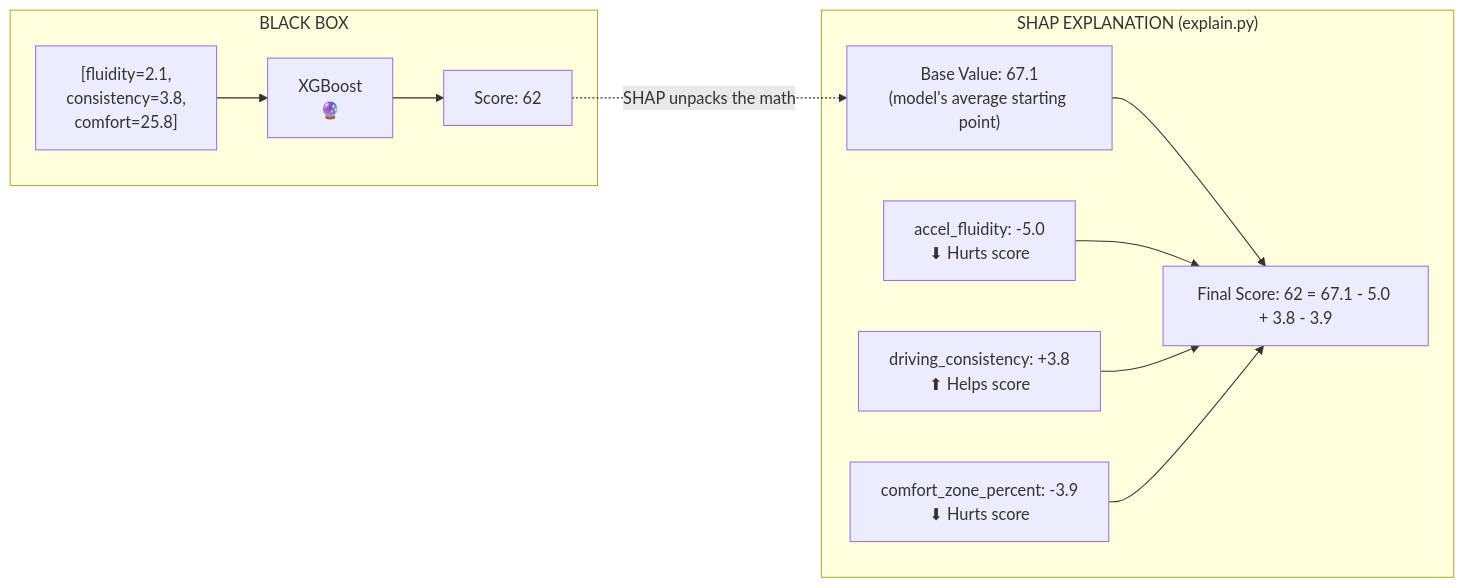
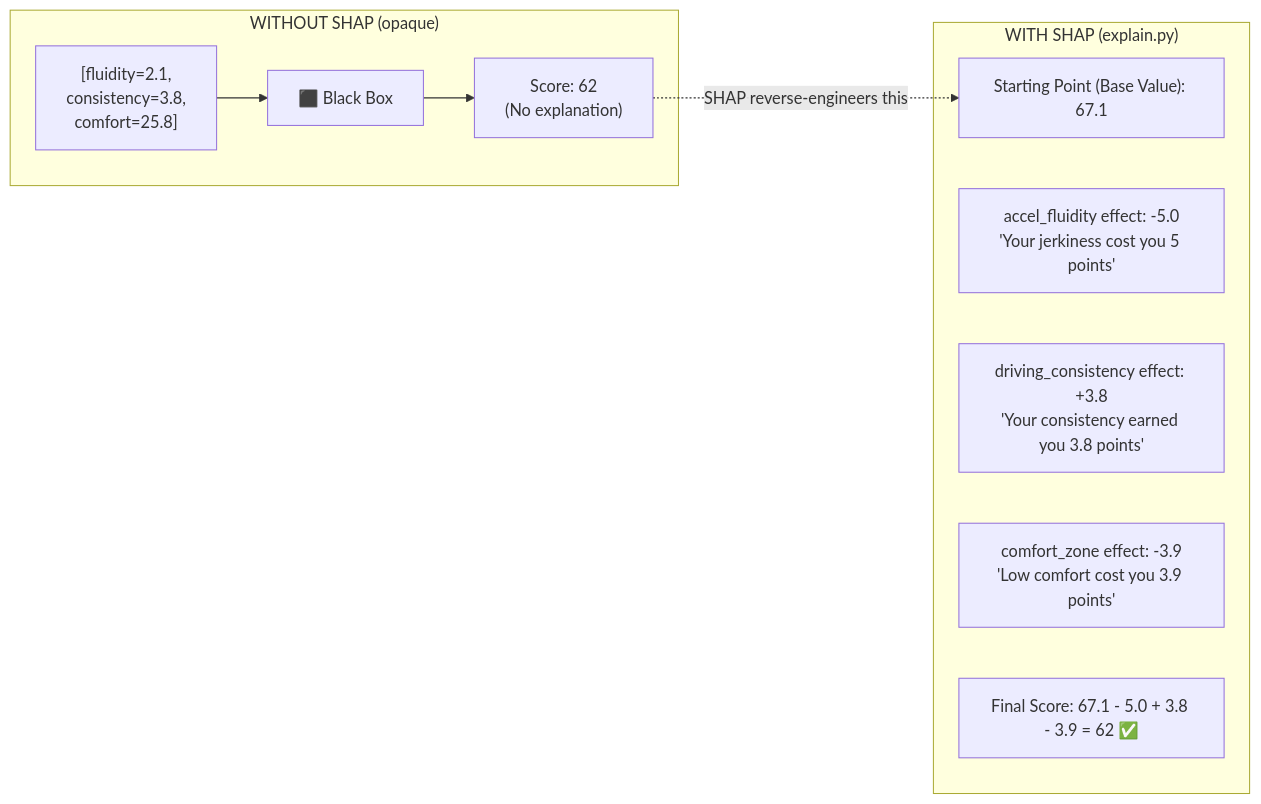
Before and after one commit to Project-Be-Better/learning-ml: the eighth of 16 diagrams in docs/ml_pipeline_guide.md, drawn with Mermaid. The commit also changed other lines of this file, not shown here.

````diff
--- a/docs/ml_pipeline_guide.md
+++ b/docs/ml_pipeline_guide.md
@@ -220,21 +207,17 @@
 ```mermaid
 flowchart LR
-    subgraph "BLACK BOX"
-        IN["[fluidity=2.1,\n consistency=3.8,\n comfort=25.8]"] --> MODEL["XGBoost\n🔮"]
-        MODEL --> OUT["Score: 62"]
+    subgraph "WITHOUT SHAP (opaque)"
+        IN["[fluidity=2.1,\n consistency=3.8,\n comfort=25.8]"] --> MODEL["⬛ Black Box"]
+        MODEL --> OUT["Score: 62\n(No explanation)"]
     end
 
-    subgraph "SHAP EXPLANATION (explain.py)"
-        BV["Base Value: 67.1\n(model's average starting point)"]
-        F1["accel_fluidity: -5.0\n⬇ Hurts score"]
-        F2["driving_consistency: +3.8\n⬆ Helps score"]
-        F3["comfort_zone_percent: -3.9\n⬇ Hurts score"]
-        FINAL["Final Score: 62 = 67.1 - 5.0 + 3.8 - 3.9"]
+    subgraph "WITH SHAP (explain.py)"
+        BV["Starting Point (Base Value): 67.1"]
+        C1["accel_fluidity effect: -5.0\n'Your jerkiness cost you 5 points'"]
+        C2["driving_consistency effect: +3.8\n'Your consistency earned you 3.8 points'"]
+        C3["comfort_zone effect: -3.9\n'Low comfort cost you 3.9 points'"]
+        RESULT["Final Score: 67.1 - 5.0 + 3.8 - 3.9 = 62 ✅"]
     end
 
-    OUT -.->|"SHAP unpacks the math"| BV
-    BV --> FINAL
-    F1 --> FINAL
-    F2 --> FINAL
-    F3 --> FINAL
+    OUT -.->|"SHAP reverse-engineers this"| BV
 ```
````
